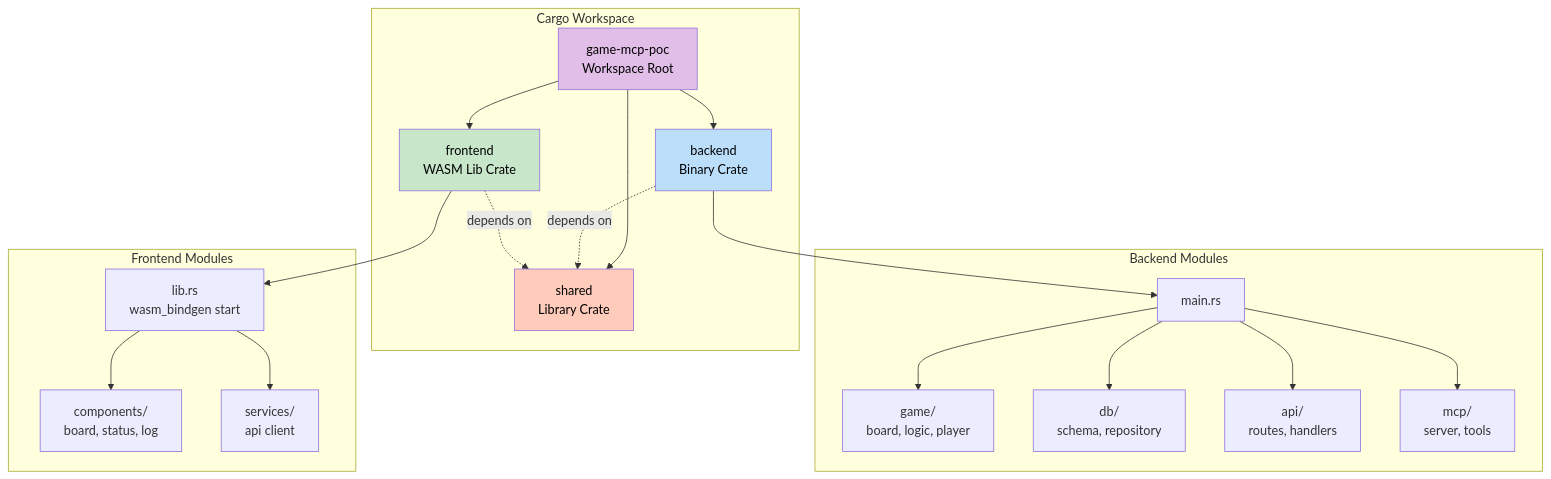
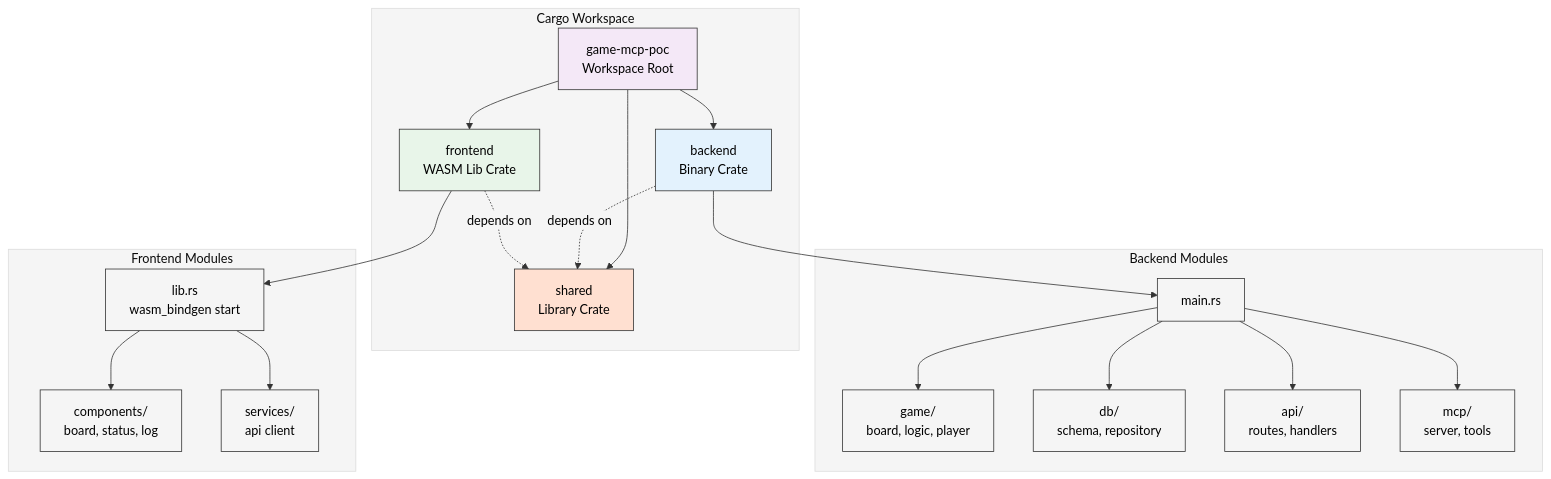
The fifth of 6 diagrams in wiki/Architecture-Overview.md (sw-game-dev/game-mcp-poc), drawn with Mermaid before and after one commit. The commit also changed other lines of this file and 6 other files, not shown here.

First line of the commit message:
fix: Improve mermaid diagram contrast with theme and lighter colors

````diff
--- a/wiki/Architecture-Overview.md
+++ b/wiki/Architecture-Overview.md
@@ -225,46 +229,47 @@
 ```mermaid
+%%{init: {'theme':'base', 'themeVariables': {'primaryColor':'#f5f5f5','primaryTextColor':'#000','primaryBorderColor':'#333','lineColor':'#333','secondaryColor':'#f5f5f5','tertiaryColor':'#f5f5f5'}}}%%
 graph TB
     subgraph "Cargo Workspace"
         Root[game-mcp-poc<br/>Workspace Root]
 
         Backend[backend<br/>Binary Crate]
         Frontend[frontend<br/>WASM Lib Crate]
         Shared[shared<br/>Library Crate]
 
         Root --> Backend
         Root --> Frontend
         Root --> Shared
 
         Backend -.depends on.-> Shared
         Frontend -.depends on.-> Shared
     end
 
     subgraph "Backend Modules"
         Main[main.rs]
         Game[game/<br/>board, logic, player]
         DB[db/<br/>schema, repository]
         API[api/<br/>routes, handlers]
         MCPMod[mcp/<br/>server, tools]
     end
 
     subgraph "Frontend Modules"
         Lib[lib.rs<br/>wasm_bindgen start]
         Comp[components/<br/>board, status, log]
         Svc[services/<br/>api client]
     end
 
     Backend --> Main
     Main --> Game
     Main --> DB
     Main --> API
     Main --> MCPMod
 
     Frontend --> Lib
     Lib --> Comp
     Lib --> Svc
 
-    style Root fill:#e1bee7,color:#000
-    style Backend fill:#bbdefb,color:#000
-    style Frontend fill:#c8e6c9,color:#000
-    style Shared fill:#ffccbc,color:#000
+    style Root fill:#f4e8f7,color:#000
+    style Backend fill:#e3f2fd,color:#000
+    style Frontend fill:#e8f5e9,color:#000
+    style Shared fill:#ffe0d1,color:#000
 ```
````
